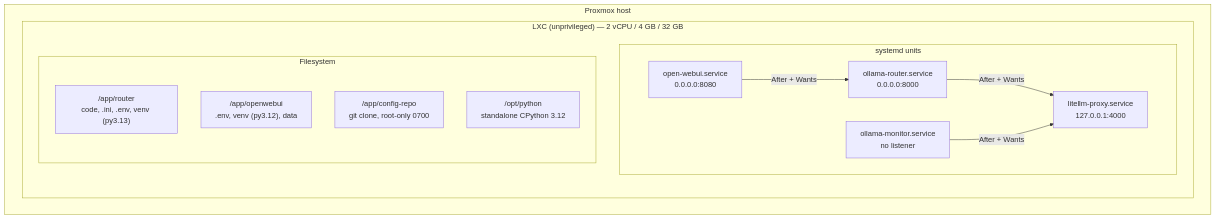
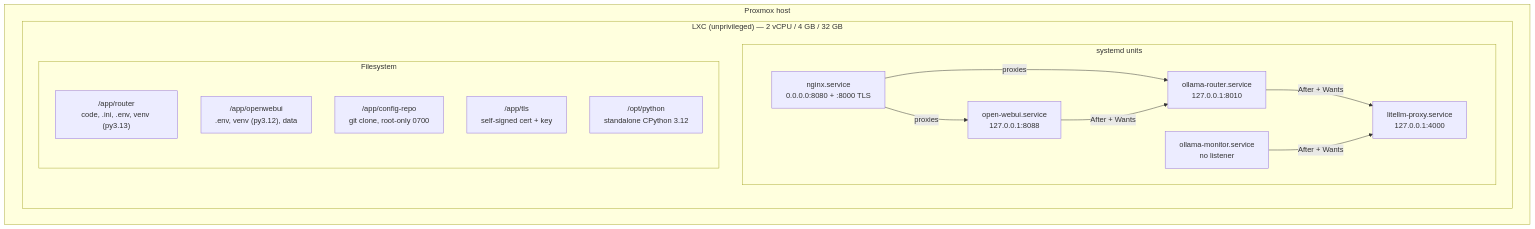
One commit to wwarren/osr changed the second of 5 diagrams in ARCHITECTURE.md. Above: the diagram before and after it, drawn with Mermaid. The commit also changed other lines of this file and 3 other files, not shown here.

````diff
--- a/ARCHITECTURE.md
+++ b/ARCHITECTURE.md
@@ -94,24 +99,28 @@
 ```mermaid
 flowchart TB
     subgraph host["Proxmox host"]
         subgraph ctr["LXC (unprivileged) — 2 vCPU / 4 GB / 32 GB"]
             direction TB
             subgraph units["systemd units"]
-                A["open-webui.service<br/>0.0.0.0:8080"]
-                B["ollama-router.service<br/>0.0.0.0:8000"]
+                N["nginx.service<br/>0.0.0.0:8080 + :8000 TLS"]
+                A["open-webui.service<br/>127.0.0.1:8088"]
+                B["ollama-router.service<br/>127.0.0.1:8010"]
                 C["litellm-proxy.service<br/>127.0.0.1:4000"]
                 D["ollama-monitor.service<br/>no listener"]
             end
             subgraph fs["Filesystem"]
                 E["/app/router<br/>code, .ini, .env, venv (py3.13)"]
                 F["/app/openwebui<br/>.env, venv (py3.12), data"]
                 G["/app/config-repo<br/>git clone, root-only 0700"]
+                T["/app/tls<br/>self-signed cert + key"]
                 H["/opt/python<br/>standalone CPython 3.12"]
             end
         end
     end
 
+    N -->|proxies| A
+    N -->|proxies| B
     A -->|"After + Wants"| B
     B -->|"After + Wants"| C
     D -->|"After + Wants"| C
 ```
````
